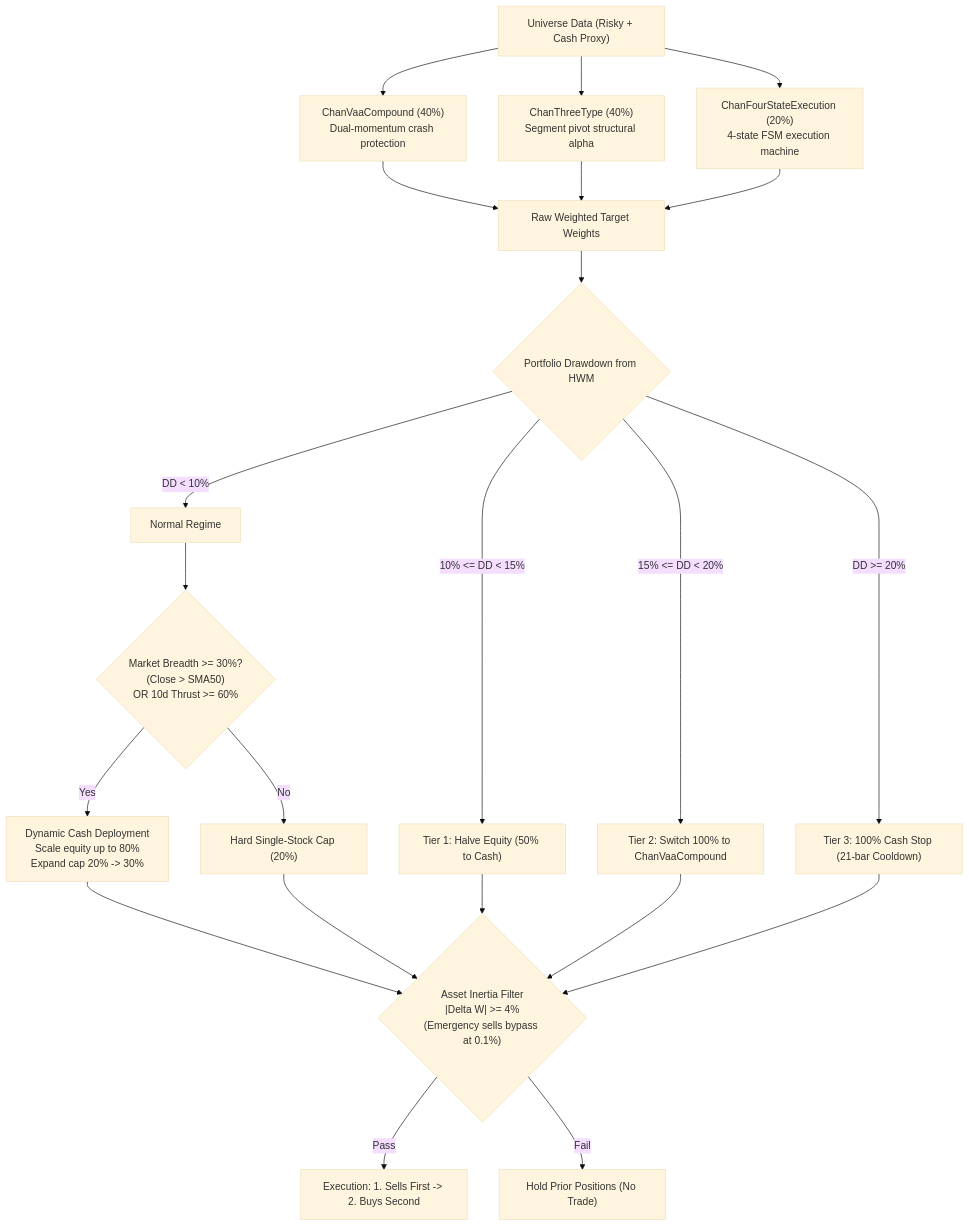
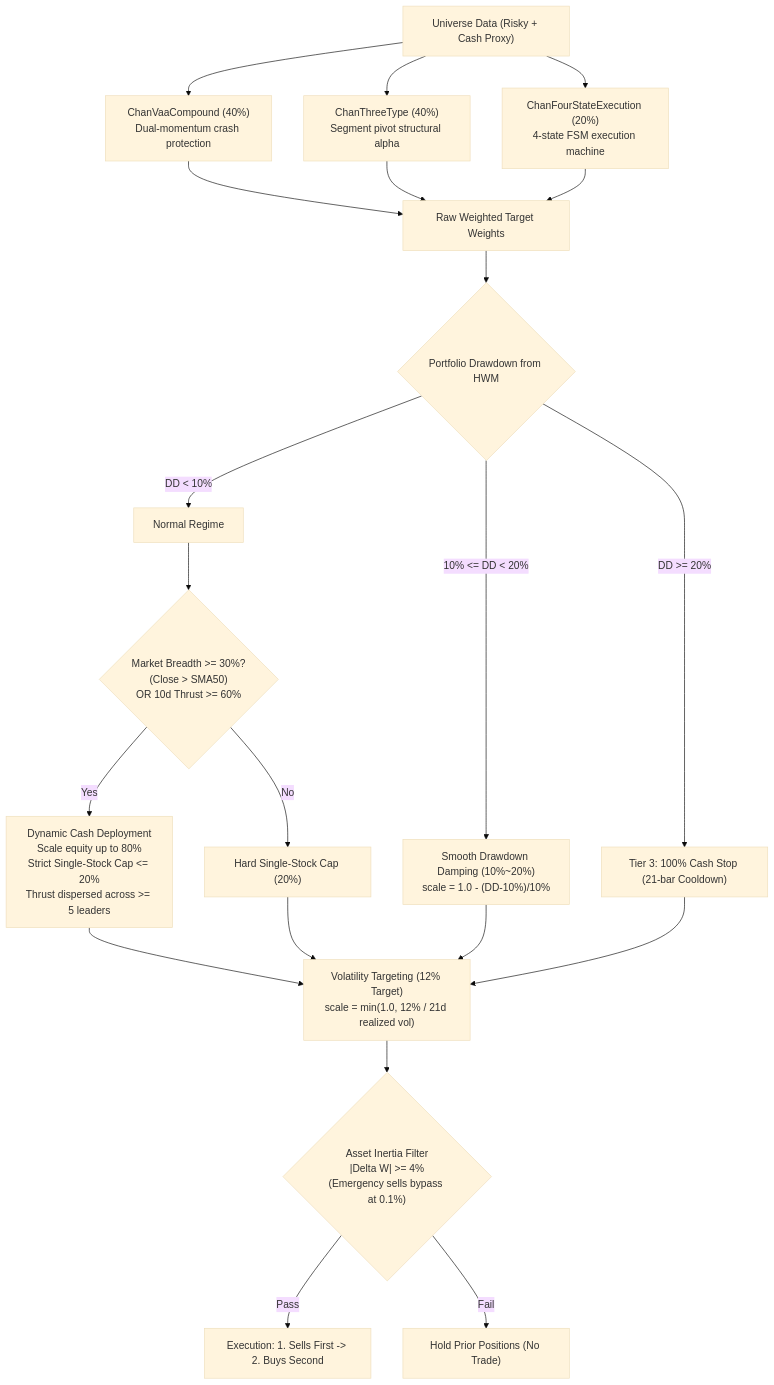
Before and after one commit to stonewell/quant_research: the first of 2 diagrams in docs/ruleset/chan_four_state_blend/rules.md, drawn with Mermaid (base theme). The commit also changed other lines of this file and 33 other files, not shown here.

````diff
--- a/docs/ruleset/chan_four_state_blend/rules.md
+++ b/docs/ruleset/chan_four_state_blend/rules.md
@@ -23,23 +23,23 @@
 ```mermaid
 flowchart TD
     Universe["Universe Data (Risky + Cash Proxy)"] --> Sub1["ChanVaaCompound (40%)<br>Dual-momentum crash protection"]
     Universe --> Sub2["ChanThreeType (40%)<br>Segment pivot structural alpha"]
     Universe --> Sub3["ChanFourStateExecution (20%)<br>4-state FSM execution machine"]
     
     Sub1 & Sub2 & Sub3 --> Blend["Raw Weighted Target Weights"]
     
     Blend --> DDCheck{"Portfolio Drawdown from HWM"}
     
     DDCheck -- "DD < 10%" --> NormalMode["Normal Regime"]
-    DDCheck -- "10% <= DD < 15%" --> Tier1["Tier 1: Halve Equity (50% to Cash)"]
-    DDCheck -- "15% <= DD < 20%" --> Tier2["Tier 2: Switch 100% to ChanVaaCompound"]
+    DDCheck -- "10% <= DD < 20%" --> SmoothDD["Smooth Drawdown Damping (10%~20%)<br>scale = 1.0 - (DD-10%)/10%"]
     DDCheck -- "DD >= 20%" --> Tier3["Tier 3: 100% Cash Stop (21-bar Cooldown)"]
     
     NormalMode --> BreadthCheck{"Market Breadth >= 30%?<br>(Close > SMA50)<br>OR 10d Thrust >= 60%"}
-    BreadthCheck -- Yes --> DynamicCash["Dynamic Cash Deployment<br>Scale equity up to 80%<br>Expand cap 20% -> 30%"]
+    BreadthCheck -- Yes --> DynamicCash["Dynamic Cash Deployment<br>Scale equity up to 80%<br>Strict Single-Stock Cap <= 20%<br>Thrust dispersed across >= 5 leaders"]
     BreadthCheck -- No --> BaseCap["Hard Single-Stock Cap (20%)"]
     
-    DynamicCash & BaseCap & Tier1 & Tier2 & Tier3 --> InertiaFilter{"Asset Inertia Filter<br>|Delta W| >= 4%<br>(Emergency sells bypass at 0.1%)"}
+    DynamicCash & BaseCap & SmoothDD & Tier3 --> VolTarget["Volatility Targeting (12% Target)<br>scale = min(1.0, 12% / 21d realized vol)"]
+    VolTarget --> InertiaFilter{"Asset Inertia Filter<br>|Delta W| >= 4%<br>(Emergency sells bypass at 0.1%)"}
     InertiaFilter -- "Pass" --> OrderExec["Execution: 1. Sells First -> 2. Buys Second"]
     InertiaFilter -- "Fail" --> HoldPrior["Hold Prior Positions (No Trade)"]
 ```
````
